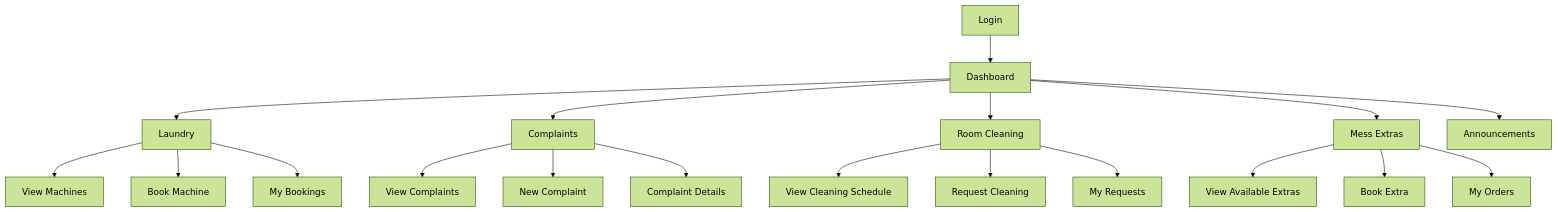
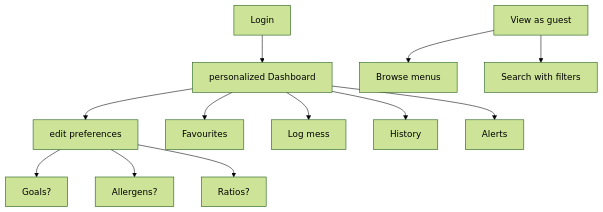
Before and after one commit to vruddhis/fleximess: the diagram in docs/userflow.md, drawn with Mermaid (forest theme). The commit also changed 3 other files, not shown here.

````diff
--- a/docs/userflow.md
+++ b/docs/userflow.md
@@ -3,29 +3,24 @@
 ```mermaid
 flowchart TD
-    A[Login] --> B[Dashboard]
+    Z[View as guest]
+    A[Login] --> B[personalized Dashboard]
 
-    B --> C[Laundry]
-    B --> D[Complaints]
-    B --> E[Room Cleaning]
+    B --> C[edit preferences]
+    B --> D[Favourites]
+    B --> E[Log mess]
+
    
-    B --> G[Mess Extras]
-    B --> H[Announcements]
+    B --> G[History]
+    B --> H[Alerts]
 
-    C --> C1[View Machines]
-    C --> C2[Book Machine]
-    C --> C3[My Bookings]
+    C --> C1[Goals?]
+    C --> C2[Allergens?]
+    C --> C3[Ratios?]
 
-    D --> D1[View Complaints]
-    D --> D2[New Complaint]
-    D --> D3[Complaint Details]
+    Z --> D1[Browse menus]
+    Z --> D2[Search with filters]
+    
 
-    E --> E1[View Cleaning Schedule]
-    E --> E2[Request Cleaning]
-    E --> E3[My Requests]
-
-    G --> G1[View Available Extras]
-    G --> G2[Book Extra]
-    G --> G3[My Orders]
-
+    
 
 ```
````
